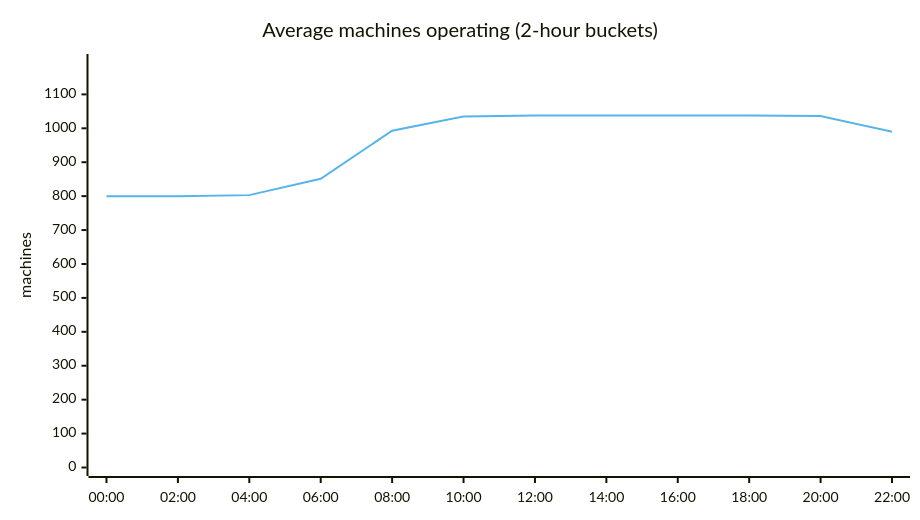
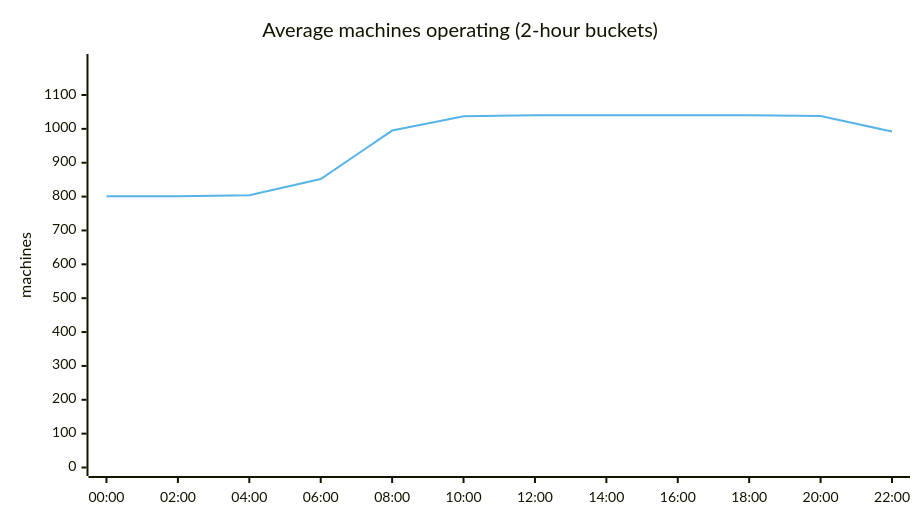
One commit to cheeaun/returnright-data changed the third of 7 diagrams in ANALYSIS.md. Above: the diagram before and after it, drawn with Mermaid. The commit also changed other lines of this file and 3 other files, not shown here.

````diff
--- a/ANALYSIS.md
+++ b/ANALYSIS.md
@@ -90,15 +90,15 @@
 ```mermaid
 ---
 config:
   themeVariables:
     xyChart:
       plotColorPalette: "#56B4E9"
   xyChart:
     width: 900
 ---
 xychart-beta
     title "Average machines operating (2-hour buckets)"
     x-axis ["00:00", "02:00", "04:00", "06:00", "08:00", "10:00", "12:00", "14:00", "16:00", "18:00", "20:00", "22:00"]
-    y-axis "machines" 0 --> 1194
-    line [800, 800, 803, 851, 993, 1035, 1038, 1038, 1038, 1038, 1036, 990]
+    y-axis "machines" 0 --> 1196
+    line [801, 801, 804, 852, 995, 1037, 1040, 1040, 1040, 1040, 1038, 992]
 ```
````
